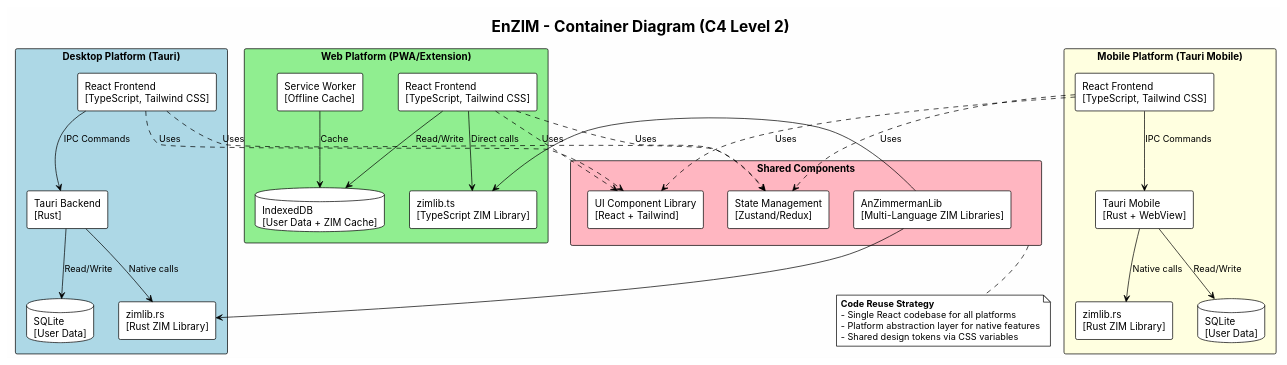
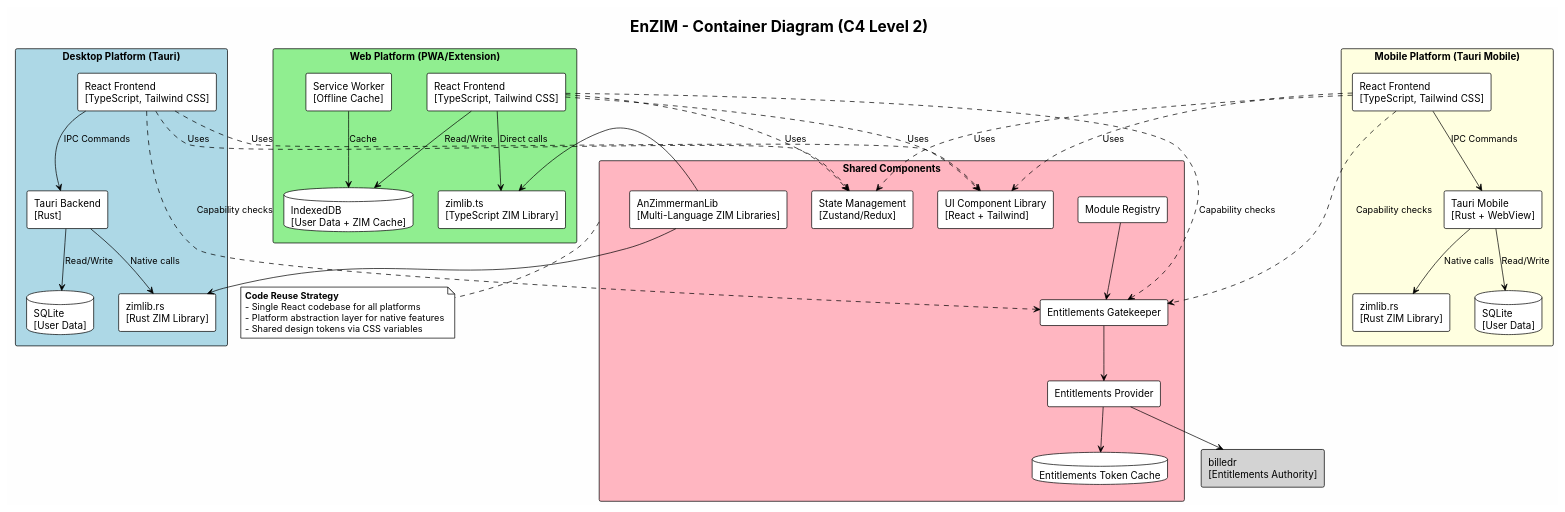
Before and after one commit to rebots-online/EnZIME: the diagram in DOCS/ARCHITECTURE/02_container_diagram.puml, drawn with PlantUML. The commit also changed other lines of this file and 163 other files, not shown here.

```diff
--- a/DOCS/ARCHITECTURE/02_container_diagram.puml
+++ b/DOCS/ARCHITECTURE/02_container_diagram.puml
@@ -1,64 +5,77 @@
 @startuml EnZIM_Container_Diagram
 !theme plain
 title EnZIM - Container Diagram (C4 Level 2)
 ' Copyright (C) 2025 Robin L. M. Cheung, MBA. All rights reserved.
 
 skinparam backgroundColor #FEFEFE
 skinparam defaultFontName Inter
 
 rectangle "Desktop Platform (Tauri)" as desktop #LightBlue {
     rectangle "React Frontend\n[TypeScript, Tailwind CSS]" as react_desktop
     rectangle "Tauri Backend\n[Rust]" as tauri
     rectangle "zimlib.rs\n[Rust ZIM Library]" as zimlib_rust
     database "SQLite\n[User Data]" as sqlite
 }
 
 rectangle "Web Platform (PWA/Extension)" as web #LightGreen {
     rectangle "React Frontend\n[TypeScript, Tailwind CSS]" as react_web
     rectangle "Service Worker\n[Offline Cache]" as sw
     rectangle "zimlib.ts\n[TypeScript ZIM Library]" as zimlib_ts
     database "IndexedDB\n[User Data + ZIM Cache]" as indexeddb
 }
 
 rectangle "Mobile Platform (Tauri Mobile)" as mobile #LightYellow {
     rectangle "React Frontend\n[TypeScript, Tailwind CSS]" as react_mobile
     rectangle "Tauri Mobile\n[Rust + WebView]" as tauri_mobile
     rectangle "zimlib.rs\n[Rust ZIM Library]" as zimlib_rust_mobile
     database "SQLite\n[User Data]" as sqlite_mobile
 }
 
 rectangle "Shared Components" as shared #LightPink {
     rectangle "AnZimmermanLib\n[Multi-Language ZIM Libraries]" as anzim
     rectangle "UI Component Library\n[React + Tailwind]" as ui_lib
     rectangle "State Management\n[Zustand/Redux]" as state
+    rectangle "Entitlements Gatekeeper" as gatekeeper
+    rectangle "Entitlements Provider" as entitlements_provider
+    database "Entitlements Token Cache" as entitlements_cache
+    rectangle "Module Registry" as module_registry
 }
+
+rectangle "billedr\n[Entitlements Authority]" as billedr #LightGray
 
 react_desktop --> tauri : IPC Commands
 tauri --> zimlib_rust : Native calls
 tauri --> sqlite : Read/Write
 react_desktop ..> ui_lib : Uses
 react_desktop ..> state : Uses
+react_desktop ..> gatekeeper : Capability checks
 
 react_web --> zimlib_ts : Direct calls
 react_web --> indexeddb : Read/Write
 sw --> indexeddb : Cache
 react_web ..> ui_lib : Uses
 react_web ..> state : Uses
+react_web ..> gatekeeper : Capability checks
 
 react_mobile --> tauri_mobile : IPC Commands
 tauri_mobile --> zimlib_rust_mobile : Native calls
 tauri_mobile --> sqlite_mobile : Read/Write
 react_mobile ..> ui_lib : Uses
 react_mobile ..> state : Uses
+react_mobile ..> gatekeeper : Capability checks
 
 anzim --> zimlib_rust
 anzim --> zimlib_ts
+gatekeeper --> entitlements_provider
+entitlements_provider --> entitlements_cache
+entitlements_provider --> billedr
+module_registry --> gatekeeper
 
 note bottom of shared
   **Code Reuse Strategy**
   - Single React codebase for all platforms
   - Platform abstraction layer for native features
   - Shared design tokens via CSS variables
 end note
 
 @enduml
```
